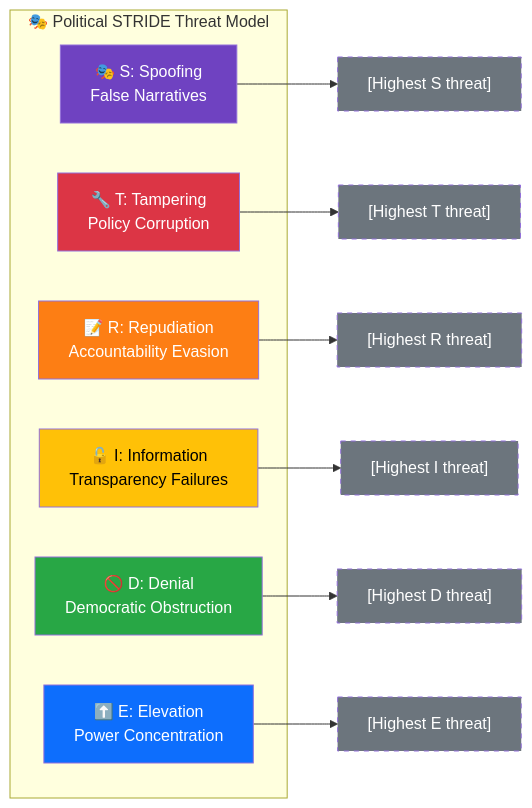
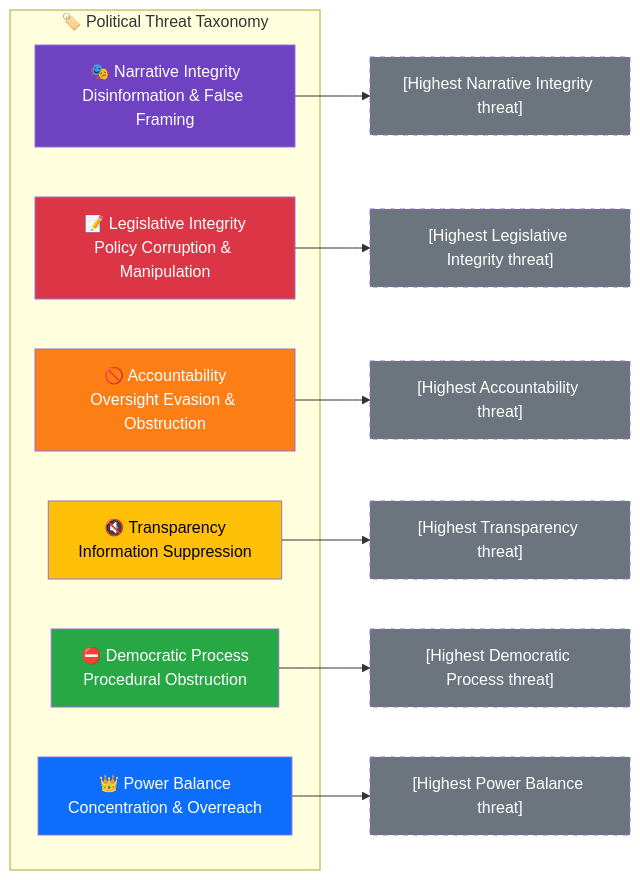
One commit to Hack23/riksdagsmonitor changed the first of 2 diagrams in analysis/templates/threat-analysis.md. Above: the diagram before and after it, drawn with Mermaid. The commit also changed other lines of this file and 5 other files, not shown here.

First line of the commit message:
Remove ALL STRIDE/PRIDES references — replace with Political Threat Taxonomy in methodologies, templates, and prompts

````diff
--- a/analysis/templates/threat-analysis.md
+++ b/analysis/templates/threat-analysis.md
@@ -60,33 +63,32 @@
 ```mermaid
 graph LR
-    subgraph "🎭 Political STRIDE Threat Model"
-        S["🎭 S: Spoofing<br/>False Narratives"]
-        T["🔧 T: Tampering<br/>Policy Corruption"]
-        R["📝 R: Repudiation<br/>Accountability Evasion"]
-        I["🔓 I: Information<br/>Transparency Failures"]
-        D["🚫 D: Denial<br/>Democratic Obstruction"]
-        E["⬆️ E: Elevation<br/>Power Concentration"]
+    subgraph "🏷️ Political Threat Taxonomy"
+        NI["🎭 Narrative Integrity<br/>Disinformation & False Framing"]
+        LI["📝 Legislative Integrity<br/>Policy Corruption & Manipulation"]
+        AC["🚫 Accountability<br/>Oversight Evasion & Obstruction"]
+        TR["🔇 Transparency<br/>Information Suppression"]
+        DP["⛔ Democratic Process<br/>Procedural Obstruction"]
+        PB["👑 Power Balance<br/>Concentration & Overreach"]
     end
 
-    S --> S1["[Highest S threat]"]
-    T --> T1["[Highest T threat]"]
-    R --> R1["[Highest R threat]"]
-    I --> I1["[Highest I threat]"]
-    D --> D1["[Highest D threat]"]
-    E --> E1["[Highest E threat]"]
+    NI --> NI1["[Highest Narrative Integrity threat]"]
+    LI --> LI1["[Highest Legislative Integrity threat]"]
+    AC --> AC1["[Highest Accountability threat]"]
+    TR --> TR1["[Highest Transparency threat]"]
+    DP --> DP1["[Highest Democratic Process threat]"]
+    PB --> PB1["[Highest Power Balance threat]"]
 
-    style S fill:#6f42c1,color:#fff
-    style T fill:#dc3545,color:#fff
-    style R fill:#fd7e14,color:#fff
-    style I fill:#ffc107,color:#000
-    style D fill:#28a745,color:#fff
-    style E fill:#0d6efd,color:#fff
-    %% Threat instance nodes: set fill color by severity (framework §9, 1–5 scale)
-    %% 1 = 🟢 #28a745 (Negligible/Low), 2 = 🟡 #ffc107 (Minor), 3 = 🟠 #fd7e14 (Moderate), 4 = 🟠 #fd7e14 (High), 5 = 🔴 #dc3545 (Severe)
-    style S1 fill:#6c757d,color:#fff,stroke-dasharray: 5 5
-    style T1 fill:#6c757d,color:#fff,stroke-dasharray: 5 5
-    style R1 fill:#6c757d,color:#fff,stroke-dasharray: 5 5
-    style I1 fill:#6c757d,color:#fff,stroke-dasharray: 5 5
-    style D1 fill:#6c757d,color:#fff,stroke-dasharray: 5 5
-    style E1 fill:#6c757d,color:#fff,stroke-dasharray: 5 5
+    style NI fill:#6f42c1,color:#fff
+    style LI fill:#dc3545,color:#fff
+    style AC fill:#fd7e14,color:#fff
+    style TR fill:#ffc107,color:#000
+    style DP fill:#28a745,color:#fff
+    style PB fill:#0d6efd,color:#fff
+    %% Threat instance nodes: color by severity (1–5 scale)
+    style NI1 fill:#6c757d,color:#fff,stroke-dasharray: 5 5
+    style LI1 fill:#6c757d,color:#fff,stroke-dasharray: 5 5
+    style AC1 fill:#6c757d,color:#fff,stroke-dasharray: 5 5
+    style TR1 fill:#6c757d,color:#fff,stroke-dasharray: 5 5
+    style DP1 fill:#6c757d,color:#fff,stroke-dasharray: 5 5
+    style PB1 fill:#6c757d,color:#fff,stroke-dasharray: 5 5
 ```
````
